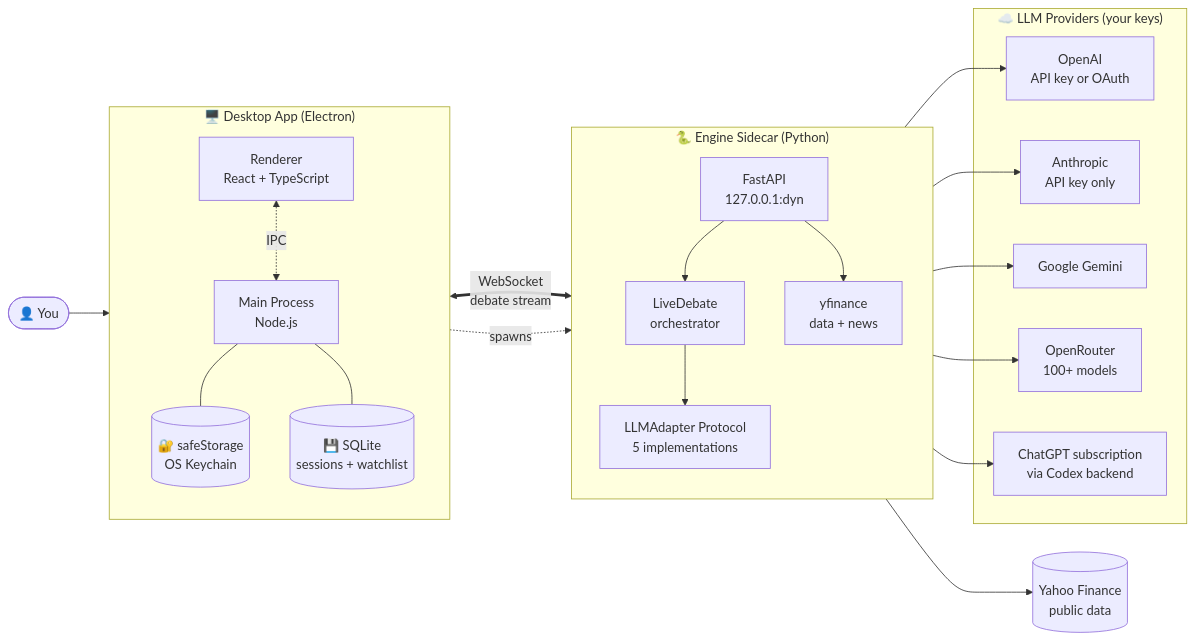
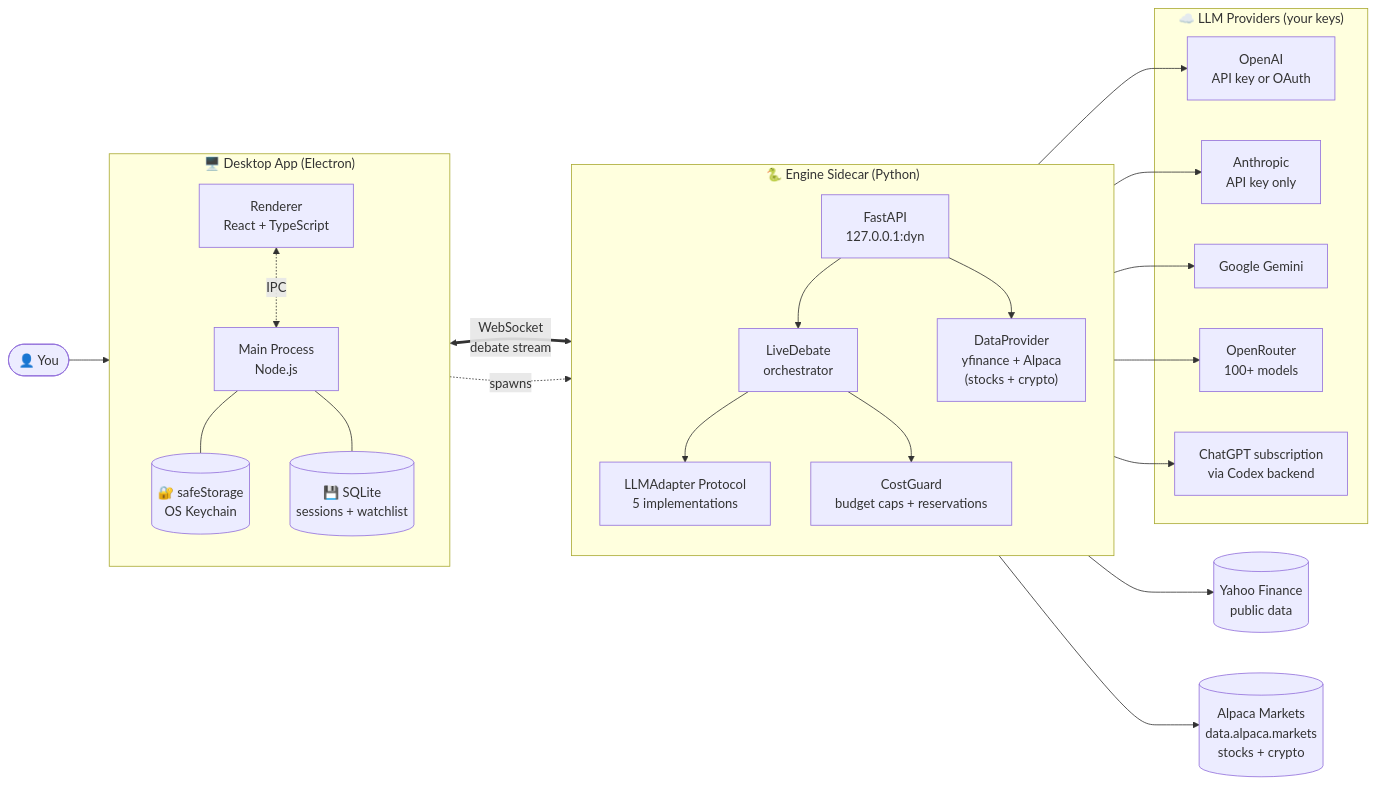
The first of 3 diagrams in README.md (rjsx197047/HedgeFund_AI), drawn with Mermaid before and after one commit. The commit also changed other lines of this file and 4 other files, not shown here.

````diff
--- a/README.md
+++ b/README.md
@@ -48,46 +57,50 @@
 ```mermaid
 flowchart LR
     User([👤 You])
 
     subgraph Desktop["🖥️  Desktop App (Electron)"]
         direction TB
         Renderer["Renderer<br/>React + TypeScript"]
         Main["Main Process<br/>Node.js"]
         SafeStorage[("🔐 safeStorage<br/>OS Keychain")]
         SessionsDB[("💾 SQLite<br/>sessions + watchlist")]
         Renderer <-. IPC .-> Main
         Main --- SafeStorage
         Main --- SessionsDB
     end
 
     subgraph Engine["🐍  Engine Sidecar (Python)"]
         direction TB
         FastAPI["FastAPI<br/>127.0.0.1:dyn"]
         Orchestrator["LiveDebate<br/>orchestrator"]
         Adapters["LLMAdapter Protocol<br/>5 implementations"]
-        DataMod["yfinance<br/>data + news"]
+        DataMod["DataProvider<br/>yfinance + Alpaca<br/>(stocks + crypto)"]
+        CostGuard["CostGuard<br/>budget caps + reservations"]
         FastAPI --> Orchestrator
         Orchestrator --> Adapters
+        Orchestrator --> CostGuard
         FastAPI --> DataMod
     end
 
     subgraph LLM["☁️  LLM Providers (your keys)"]
         OpenAI["OpenAI<br/>API key or OAuth"]
         Anthropic["Anthropic<br/>API key only"]
         Gemini["Google Gemini"]
         OpenRouter["OpenRouter<br/>100+ models"]
         Codex["ChatGPT subscription<br/>via Codex backend"]
     end
 
     Yahoo[("Yahoo Finance<br/>public data")]
+    Alpaca[("Alpaca Markets<br/>data.alpaca.markets<br/>stocks + crypto")]
 
     User --> Renderer
     Renderer <==>|"WebSocket<br/>debate stream"| FastAPI
     Main -. spawns .-> FastAPI
     Adapters --> OpenAI
     Adapters --> Anthropic
     Adapters --> Gemini
     Adapters --> OpenRouter
     Adapters --> Codex
     DataMod --> Yahoo
+    DataMod --> Alpaca
 ```
````
